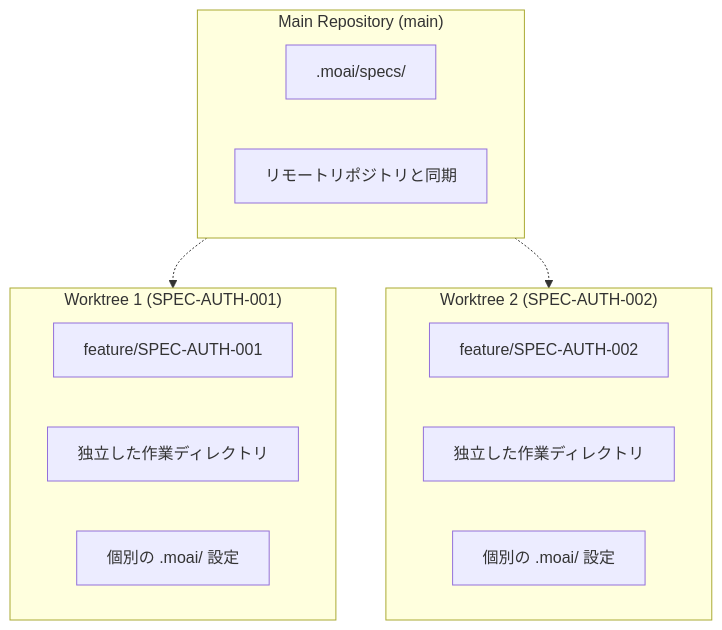
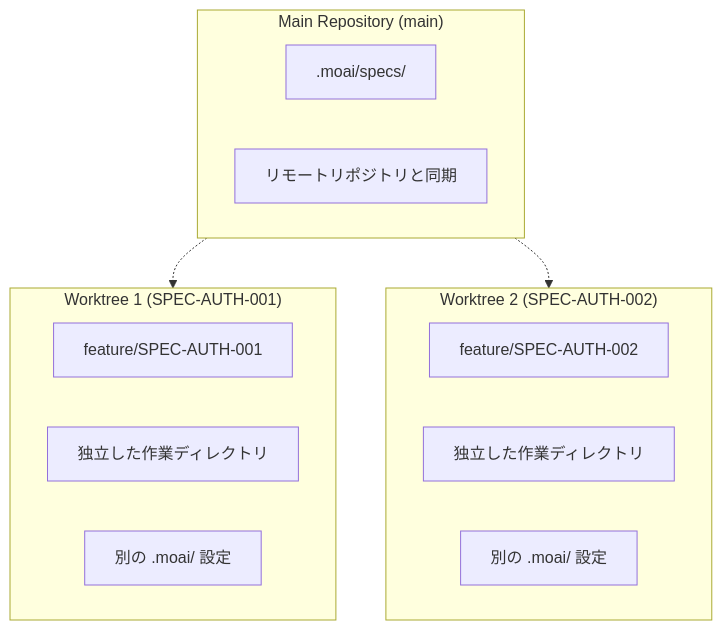
The third of 6 diagrams in docs-site/content/ja/worktree/_index.md (modu-ai/moai-adk), drawn with Mermaid before and after one commit. The commit also changed other lines of this file and 180 other files, not shown here.

````diff
--- a/docs-site/content/ja/worktree/_index.md
+++ b/docs-site/content/ja/worktree/_index.md
@@ -147,22 +147,22 @@
 ```mermaid
 graph TB
     subgraph Main["Main Repository (main)"]
         M1[.moai/specs/]
         M2[リモートリポジトリと同期]
     end
 
     subgraph WT1["Worktree 1 (SPEC-AUTH-001)"]
         W1A[feature/SPEC-AUTH-001]
         W1B[独立した作業ディレクトリ]
-        W1C[個別の .moai/ 設定]
+        W1C[別の .moai/ 設定]
     end
 
     subgraph WT2["Worktree 2 (SPEC-AUTH-002)"]
         W2A[feature/SPEC-AUTH-002]
         W2B[独立した作業ディレクトリ]
-        W2C[個別の .moai/ 設定]
+        W2C[別の .moai/ 設定]
     end
 
     Main -.-> WT1
     Main -.-> WT2
 ```
````
